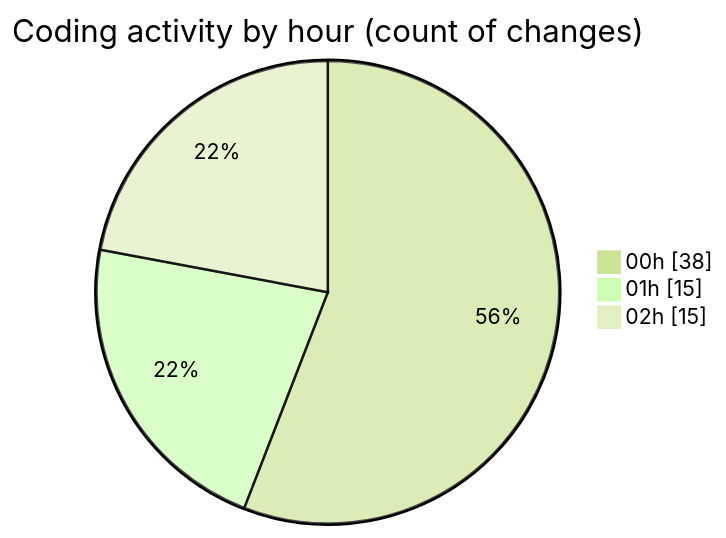
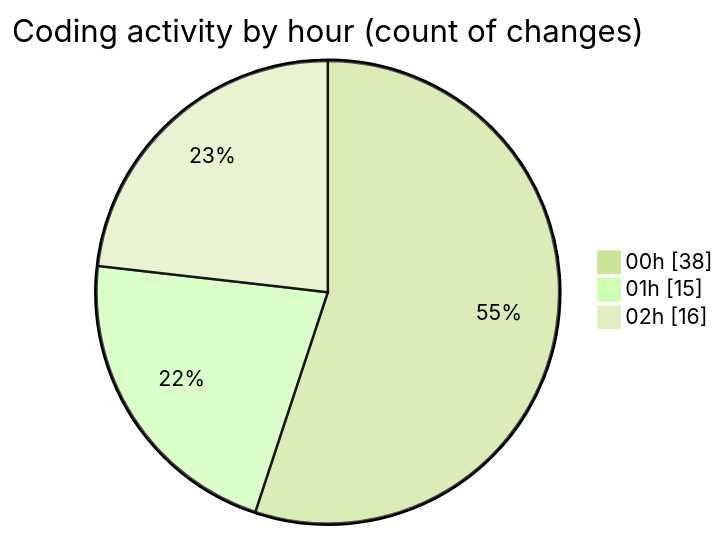
The second of 2 diagrams in 2025-03-08/uber_clone/README.md (donsfak/code-tracking), drawn with Mermaid (forest theme) before and after one commit. The commit also changed other lines of this file and 1 other file, not shown here.

````diff
--- a/2025-03-08/uber_clone/README.md
+++ b/2025-03-08/uber_clone/README.md
@@ -34,7 +34,7 @@
 ```mermaid
 pie showData
 title Coding activity by hour (count of changes)
 "00h" : 38
 "01h" : 15
-"02h" : 15
+"02h" : 16
 ```
````
